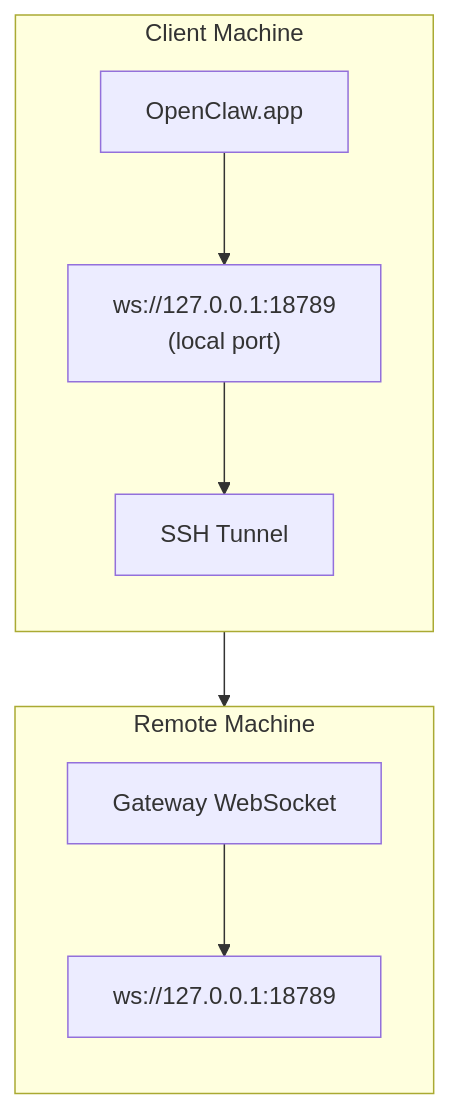
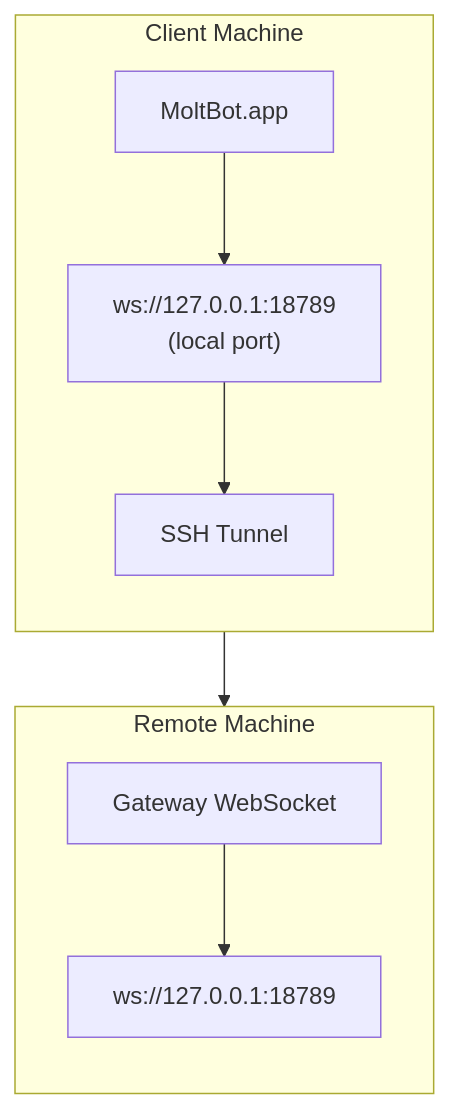
Before and after one commit to razroo/razroom: the diagram in docs/gateway/remote-gateway-readme.md, drawn with Mermaid. The commit also changed other lines of this file and 2463 other files, not shown here.

````diff
--- a/docs/gateway/remote-gateway-readme.md
+++ b/docs/gateway/remote-gateway-readme.md
@@ -13,20 +13,20 @@
 ```mermaid
 flowchart TB
     subgraph Client["Client Machine"]
         direction TB
-        A["OpenClaw.app"]
+        A["MoltBot.app"]
         B["ws://127.0.0.1:18789\n(local port)"]
         T["SSH Tunnel"]
 
         A --> B
         B --> T
     end
     subgraph Remote["Remote Machine"]
         direction TB
         C["Gateway WebSocket"]
         D["ws://127.0.0.1:18789"]
 
         C --> D
     end
     T --> C
 ```
````
